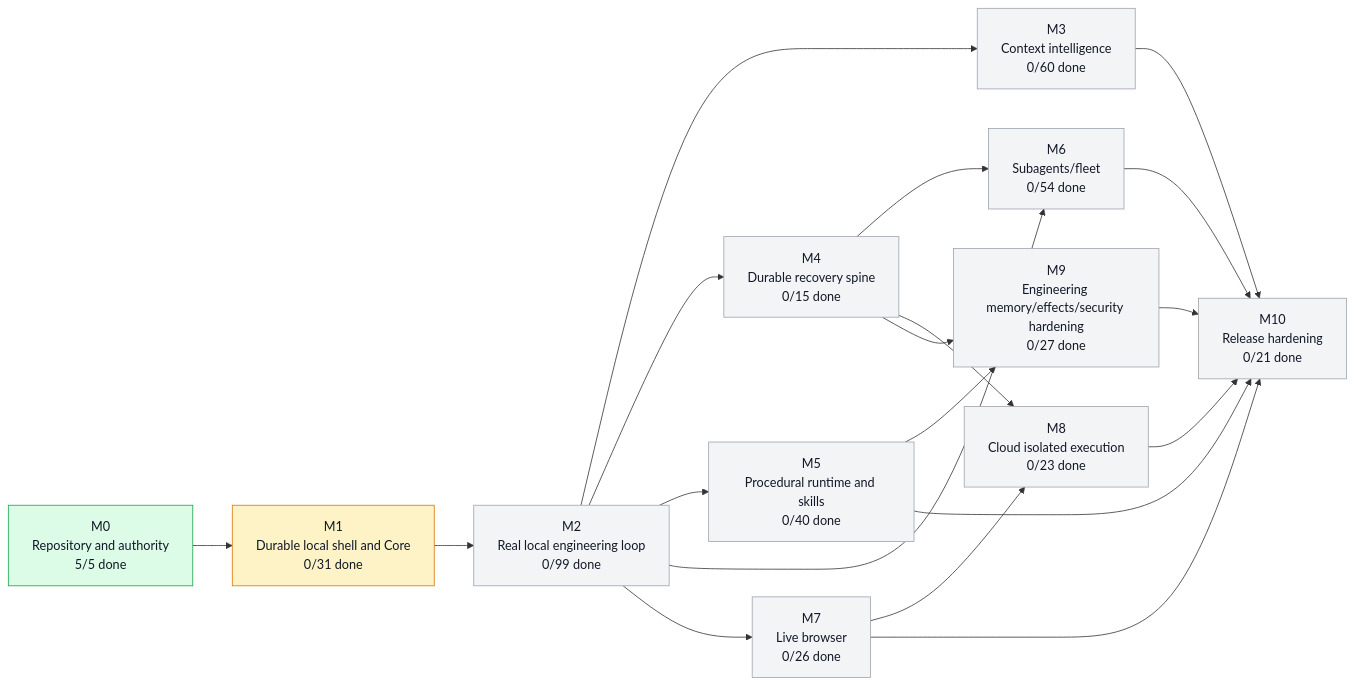
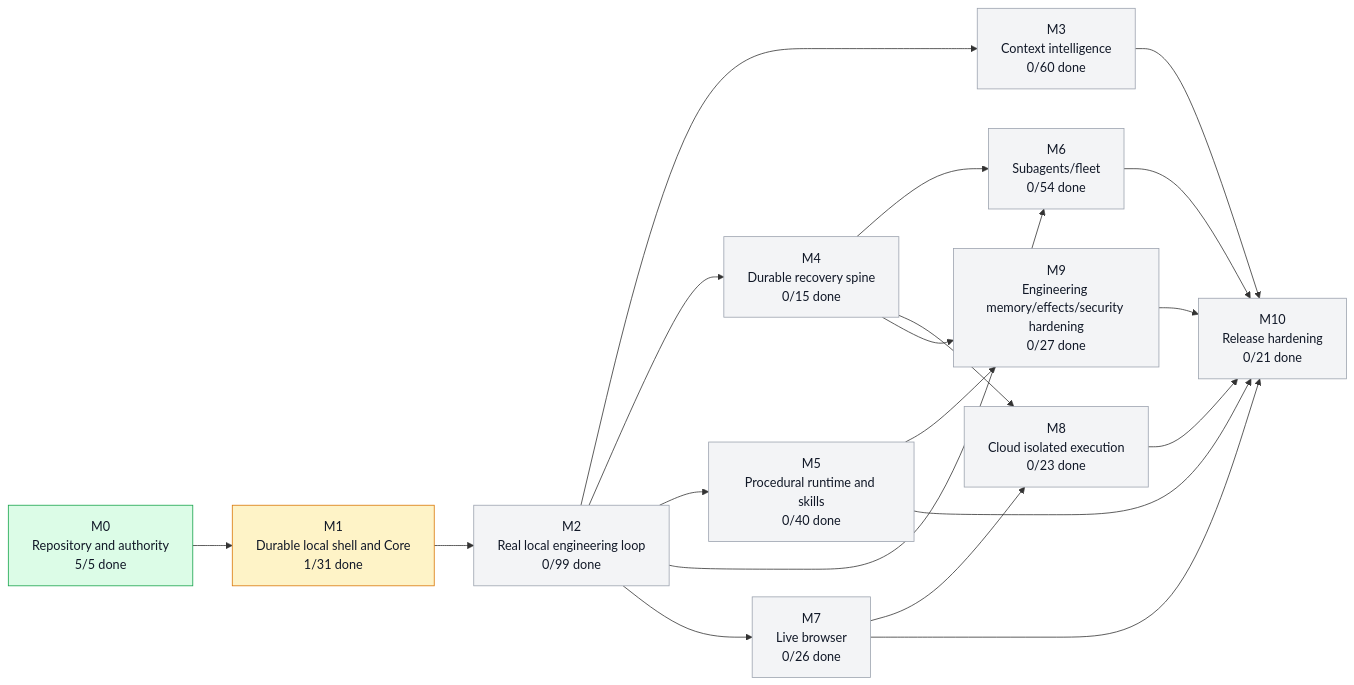
The first of 5 diagrams in graph/PROJECT_GRAPH.md (moss101/modbit), drawn with Mermaid before and after one commit. The commit also changed other lines of this file and 7 other files, not shown here.

````diff
--- a/graph/PROJECT_GRAPH.md
+++ b/graph/PROJECT_GRAPH.md
@@ -57,43 +57,43 @@
 ```mermaid
 flowchart LR
   M0["M0<br/>Repository and authority<br/>5/5 done"]
-  M1["M1<br/>Durable local shell and Core<br/>0/31 done"]
+  M1["M1<br/>Durable local shell and Core<br/>1/31 done"]
   M2["M2<br/>Real local engineering loop<br/>0/99 done"]
   M3["M3<br/>Context intelligence<br/>0/60 done"]
   M4["M4<br/>Durable recovery spine<br/>0/15 done"]
   M5["M5<br/>Procedural runtime and skills<br/>0/40 done"]
   M6["M6<br/>Subagents/fleet<br/>0/54 done"]
   M7["M7<br/>Live browser<br/>0/26 done"]
   M8["M8<br/>Cloud isolated execution<br/>0/23 done"]
   M9["M9<br/>Engineering memory/effects/security hardening<br/>0/27 done"]
   M10["M10<br/>Release hardening<br/>0/21 done"]
   M0 --> M1
   M1 --> M2
   M2 --> M3
   M2 --> M4
   M2 --> M5
   M2 --> M6
   M4 --> M6
   M2 --> M7
   M4 --> M8
   M7 --> M8
   M4 --> M9
   M5 --> M9
   M3 --> M10
   M5 --> M10
   M6 --> M10
   M7 --> M10
   M8 --> M10
   M9 --> M10
   style M0 fill:#dcfce7,stroke:#16a34a,color:#111827
   style M1 fill:#fef3c7,stroke:#d97706,color:#111827
   style M2 fill:#f3f4f6,stroke:#9ca3af,color:#111827
   style M3 fill:#f3f4f6,stroke:#9ca3af,color:#111827
   style M4 fill:#f3f4f6,stroke:#9ca3af,color:#111827
   style M5 fill:#f3f4f6,stroke:#9ca3af,color:#111827
   style M6 fill:#f3f4f6,stroke:#9ca3af,color:#111827
   style M7 fill:#f3f4f6,stroke:#9ca3af,color:#111827
   style M8 fill:#f3f4f6,stroke:#9ca3af,color:#111827
   style M9 fill:#f3f4f6,stroke:#9ca3af,color:#111827
   style M10 fill:#f3f4f6,stroke:#9ca3af,color:#111827
 ```
````
